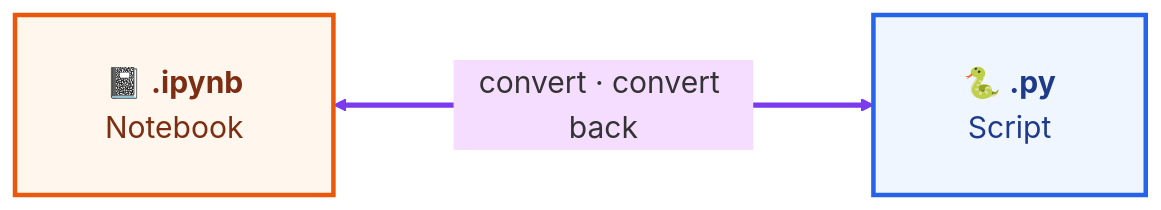
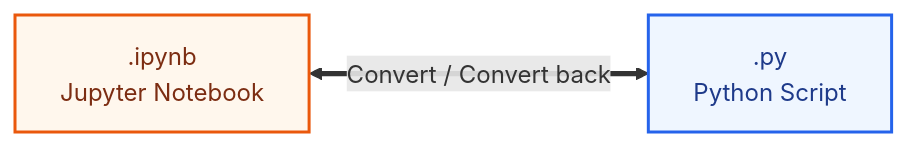
One commit to UnDerl4Y/scriptloop changed the diagram in README.md. Above: the diagram before and after it, drawn with Mermaid. The commit also changed other lines of this file, not shown here.

````diff
--- a/README.md
+++ b/README.md
@@ -11,13 +12,12 @@
 ```mermaid
-%%{init: {"theme":"base","themeVariables":{"fontFamily":"Inter, ui-sans-serif, system-ui","fontSize":"20px","lineColor":"#7c3aed"},"flowchart":{"nodeSpacing":100,"rankSpacing":160,"padding":30,"curve":"basis"}}}%%
 flowchart LR
-    A["📓 <b>.ipynb</b><br/>Notebook"]
-    B["🐍 <b>.py</b><br/>Script"]
+    A[".ipynb<br/>Jupyter Notebook"]
+    B[".py<br/>Python Script"]
 
-    A <==>|"convert · convert back"| B
+    A <==>|Convert / Convert back| B
 
-    classDef nb fill:#fff7ed,stroke:#ea580c,stroke-width:3px,color:#7c2d12
-    classDef py fill:#eff6ff,stroke:#2563eb,stroke-width:3px,color:#1e3a8a
+    classDef nb fill:#fff7ed,stroke:#ea580c,stroke-width:2px,color:#7c2d12
+    classDef py fill:#eff6ff,stroke:#2563eb,stroke-width:2px,color:#1e3a8a
     class A nb
     class B py
 ```
````
